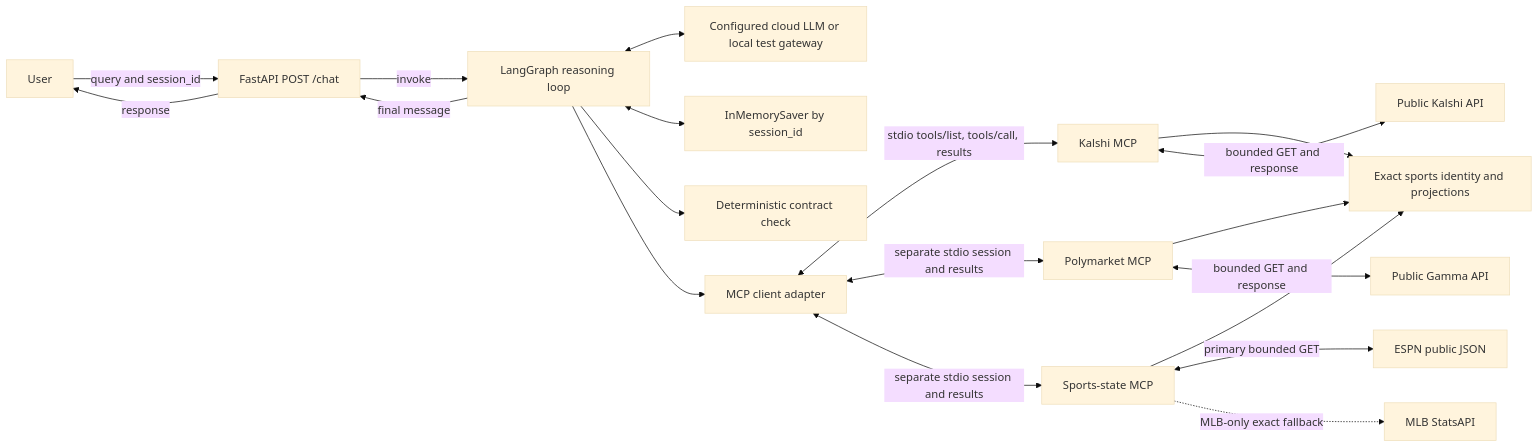
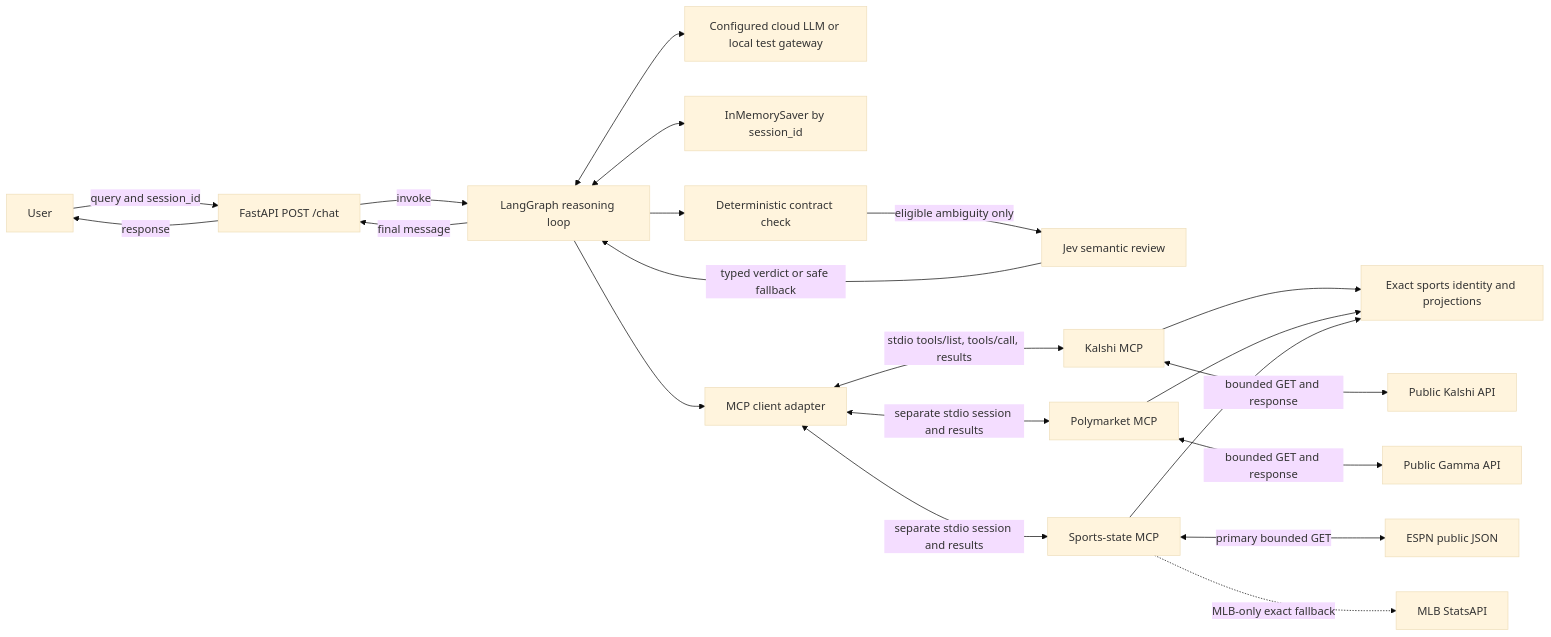
The first of 3 diagrams in README.md (waderylan/prediction-market-agent), drawn with Mermaid (base theme) before and after one commit. The commit also changed other lines of this file and 16 other files, not shown here.

First line of the commit message:
Complete Milestone 8 Jev review

````diff
--- a/README.md
+++ b/README.md
@@ -243,21 +254,23 @@
 ```mermaid
 flowchart LR
     U[User] -->|query and session_id| F[FastAPI POST /chat]
     F -->|response| U
     F -->|invoke| G[LangGraph reasoning loop]
     G -->|final message| F
     G <--> L[Configured cloud LLM or local test gateway]
     G <--> M[InMemorySaver by session_id]
     G --> C[Deterministic contract check]
+    C -->|eligible ambiguity only| J[Jev semantic review]
+    J -->|typed verdict or safe fallback| G
     G --> A[MCP client adapter]
     A <-->|stdio tools/list, tools/call, results| K[Kalshi MCP]
     A <-->|separate stdio session and results| P[Polymarket MCP]
     A <-->|separate stdio session and results| SS[Sports-state MCP]
     K --> S[Exact sports identity and projections]
     P --> S
     SS --> S
     K <-->|bounded GET and response| KA[Public Kalshi API]
     P <-->|bounded GET and response| PA[Public Gamma API]
     SS <-->|primary bounded GET| ESPN[ESPN public JSON]
     SS -.->|MLB-only exact fallback| MLB[MLB StatsAPI]
 ```
````
